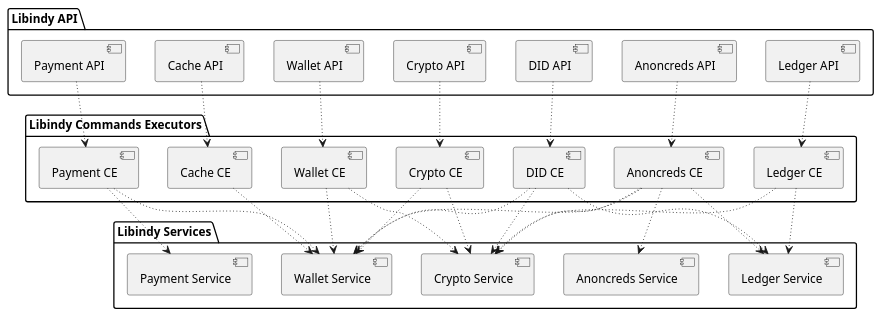
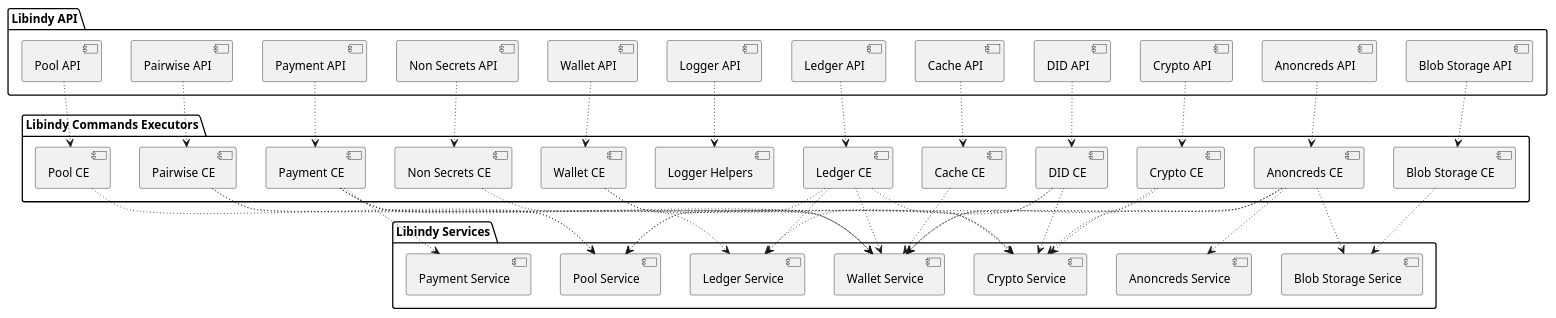
One commit to hyperledger-archives/indy-sdk changed the diagram in docs/architecture/libindy_components.puml. Above: the diagram before and after it, drawn with PlantUML. The commit also changed 1 other file, not shown here.

Commit message:
Finalyze libindy components diagram.

```diff
--- a/docs/architecture/libindy_components.puml
+++ b/docs/architecture/libindy_components.puml
@@ -1,66 +1,94 @@
 @startuml
 
 package "Libindy API" as la {
     [Anoncreds API] as anoncreds_api
+    [Blob Storage API] as bs_api
+    [Cache API] as cache_api
     [Crypto API] as crypto_api
-    [Cache API] as cache_api
     [DID API] as did_api
     [Ledger API] as ledger_api
+    [Logger API] as logger_api
+    [Non Secrets API] as nonsecrets_api
+    [Pairwise API] as pairwise_api
     [Payment API] as payment_api
+    [Pool API] as pool_api
     [Wallet API] as wallet_api
 }
 
 package "Libindy Commands Executors" as lce {
-
-     [Anoncreds CE] as anoncreds_ce
-     [Crypto CE] as crypto_ce
-     [Cache CE] as cache_ce
-     [DID CE] as did_ce
-     [Ledger CE] as ledger_ce
-     [Payment CE] as payment_ce
-     [Wallet CE] as wallet_ce
-
+    [Anoncreds CE] as anoncreds_ce
+    [Blob Storage CE] as bs_ce
+    [Cache CE] as cache_ce
+    [Crypto CE] as crypto_ce
+    [DID CE] as did_ce
+    [Ledger CE] as ledger_ce
+    [Logger Helpers] as logger_ce
+    [Non Secrets CE] as nonsecrets_ce
+    [Pairwise CE] as pairwise_ce
+    [Payment CE] as payment_ce
+    [Pool CE] as pool_ce
+    [Wallet CE] as wallet_ce
 }
 
 package "Libindy Services" as ls {
     [Anoncreds Service] as anoncreds_s
+    [Blob Storage Serice] as bs_s
     [Crypto Service] as crypto_s
     [Ledger Service] as ledger_s
     [Payment Service] as payment_s
+    [Pool Service] as pool_s
     [Wallet Service] as wallet_s
-
 }
 
-
 anoncreds_api ~~> anoncreds_ce
-wallet_api ~~> wallet_ce
+bs_api ~~> bs_ce
+cache_api ~~> cache_ce
 crypto_api ~~> crypto_ce
-cache_api ~~> cache_ce
 did_api ~~> did_ce
 ledger_api ~~> ledger_ce
+logger_api ~~> logger_ce
+nonsecrets_api ~~> nonsecrets_ce
+pairwise_api ~~> pairwise_ce
 payment_api ~~> payment_ce
+pool_api ~~> pool_ce
+wallet_api ~~> wallet_ce
 
 anoncreds_ce ~~> anoncreds_s
+anoncreds_ce ~~> bs_s
 anoncreds_ce ~~> wallet_s
 anoncreds_ce ~~> crypto_s
-anoncreds_ce ~~> ledger_s
+anoncreds_ce ~~> pool_s
+
+bs_ce ~~> bs_s
+
+cache_ce ~~> wallet_s
 
 crypto_ce ~~> crypto_s
 crypto_ce ~~> wallet_s
-
-cache_ce ~~> wallet_s
 
 did_ce ~~> crypto_s
 did_ce ~~> ledger_s
 did_ce ~~> wallet_s
 
 ledger_ce ~~> crypto_s
 ledger_ce ~~> ledger_s
+ledger_ce ~~> pool_s
+ledger_ce ~~> wallet_s
 
+nonsecrets_ce ~~> wallet_s
+
+pairwise_ce ~~> wallet_s
+
+payment_ce ~~> crypto_s
+payment_ce ~~> ledger_s
 payment_ce ~~> payment_s
 payment_ce ~~> wallet_s
+
+pairwise_ce ~~> pool_s
+
+pool_ce ~~> pool_s
 
 wallet_ce ~~> wallet_s
 wallet_ce ~~> crypto_s
 
 @enduml
```
